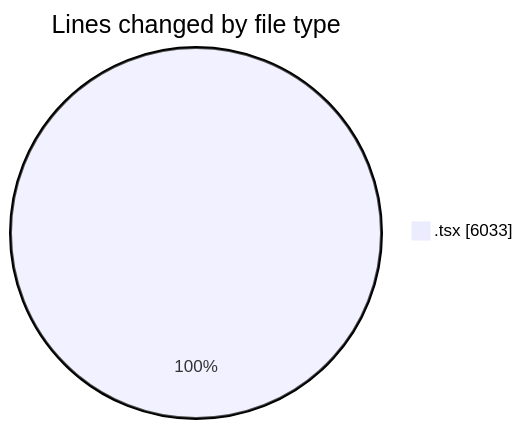
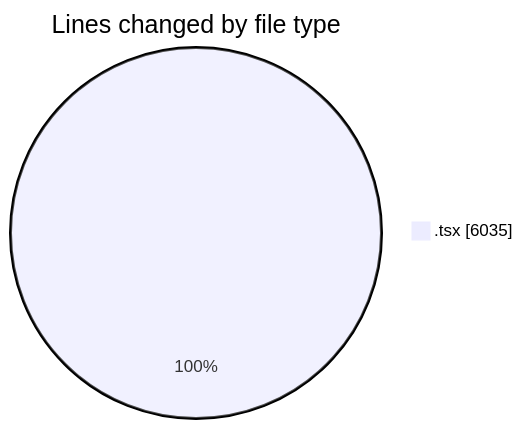
One commit to momahboobian/code-tracking changed the first of 2 diagrams in 2025-12-04/cda/README.md. Above: the diagram before and after it, drawn with Mermaid. The commit also changed other lines of this file and 1 other file, not shown here.

````diff
--- a/2025-12-04/cda/README.md
+++ b/2025-12-04/cda/README.md
@@ -22,5 +22,5 @@
 ```mermaid
 pie showData
 title Lines changed by file type
-".tsx" : 6033
+".tsx" : 6035
 ```
````
